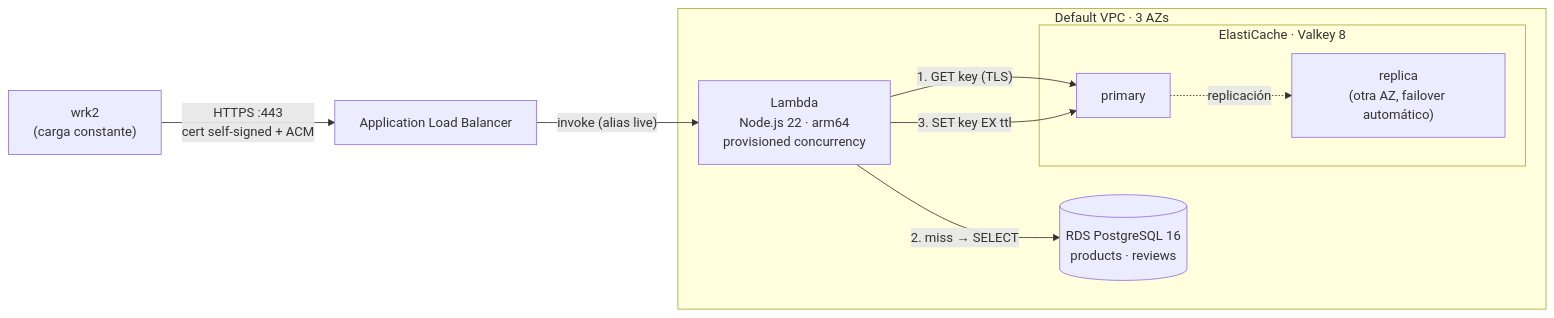
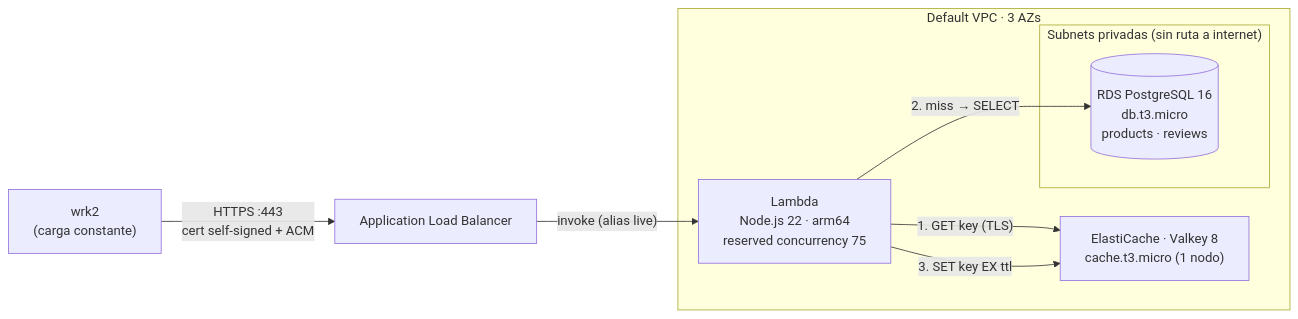
The diagram in README.md (stephy0410/aws-serverless-cache-api), drawn with Mermaid before and after one commit. The commit also changed other lines of this file and 15 other files, not shown here.

Commit message:
Move RDS to private subnets, keep ALB in public subnets; add load test results

````diff
--- a/README.md
+++ b/README.md
@@ -9,16 +9,16 @@
 ```mermaid
 flowchart LR
     W["wrk2<br/>(carga constante)"] -- "HTTPS :443<br/>cert self-signed + ACM" --> ALB["Application Load Balancer"]
     ALB -- "invoke (alias live)" --> L
 
     subgraph vpc["Default VPC · 3 AZs"]
-        L["Lambda<br/>Node.js 22 · arm64<br/>provisioned concurrency"]
-        subgraph ec["ElastiCache · Valkey 8"]
-            P["primary"] -. "replicación" .-> R["replica<br/>(otra AZ, failover automático)"]
+        L["Lambda<br/>Node.js 22 · arm64<br/>reserved concurrency 75"]
+        P["ElastiCache · Valkey 8<br/>cache.t3.micro (1 nodo)"]
+        subgraph priv["Subnets privadas (sin ruta a internet)"]
+            DB[("RDS PostgreSQL 16<br/>db.t3.micro<br/>products · reviews")]
         end
-        DB[("RDS PostgreSQL 16<br/>products · reviews")]
         L -- "1. GET key (TLS)" --> P
         L -- "2. miss → SELECT" --> DB
         L -- "3. SET key EX ttl" --> P
     end
 ```
````
